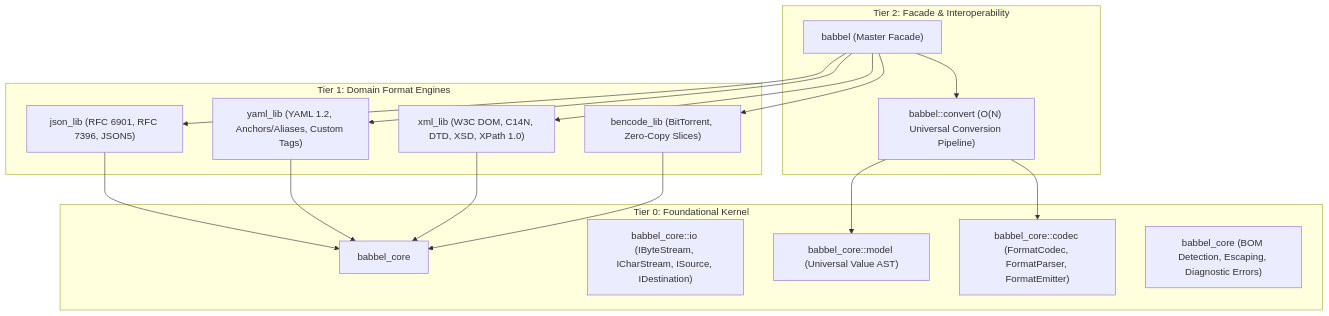
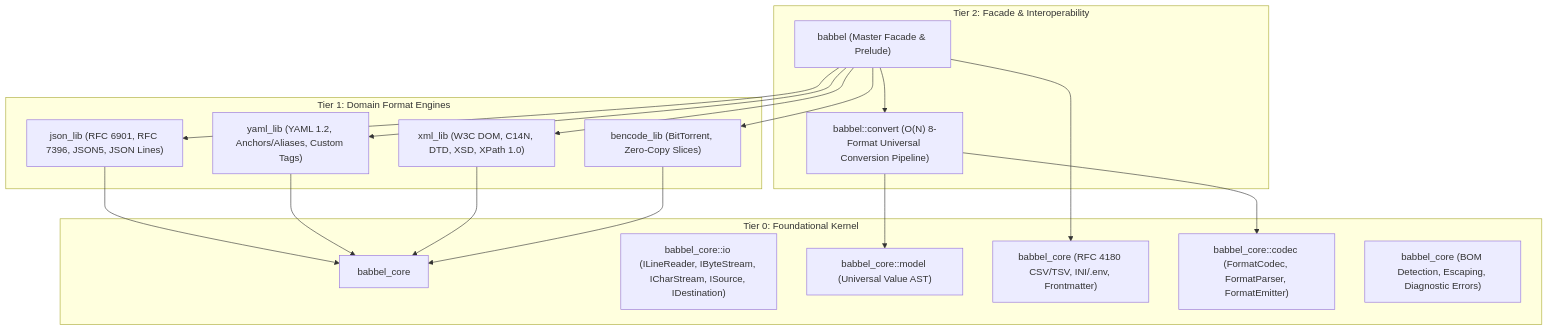
Before and after one commit to clockworkengineer/babbel: the diagram in docs/ARCHITECTURE.md, drawn with Mermaid. The commit also changed other lines of this file and 11 other files, not shown here.

````diff
--- a/docs/ARCHITECTURE.md
+++ b/docs/ARCHITECTURE.md
@@ -11,35 +11,37 @@
 ```mermaid
 graph TD
     subgraph "Tier 2: Facade & Interoperability"
-        Babbel["babbel (Master Facade)"]
-        Convert["babbel::convert (O(N) Universal Conversion Pipeline)"]
+        Babbel["babbel (Master Facade & Prelude)"]
+        Convert["babbel::convert (O(N) 8-Format Universal Conversion Pipeline)"]
     end
 
     subgraph "Tier 1: Domain Format Engines"
-        JSON["json_lib (RFC 6901, RFC 7396, JSON5)"]
+        JSON["json_lib (RFC 6901, RFC 7396, JSON5, JSON Lines)"]
         YAML["yaml_lib (YAML 1.2, Anchors/Aliases, Custom Tags)"]
         XML["xml_lib (W3C DOM, C14N, DTD, XSD, XPath 1.0)"]
         Bencode["bencode_lib (BitTorrent, Zero-Copy Slices)"]
     end
 
     subgraph "Tier 0: Foundational Kernel"
         Core["babbel_core"]
-        CoreIO["babbel_core::io (IByteStream, ICharStream, ISource, IDestination)"]
+        CoreIO["babbel_core::io (ILineReader, IByteStream, ICharStream, ISource, IDestination)"]
         CoreAST["babbel_core::model (Universal Value AST)"]
+        CoreText["babbel_core (RFC 4180 CSV/TSV, INI/.env, Frontmatter)"]
         CoreCodec["babbel_core::codec (FormatCodec, FormatParser, FormatEmitter)"]
         CoreUtils["babbel_core (BOM Detection, Escaping, Diagnostic Errors)"]
     end
 
     Babbel --> Convert
     Convert --> CoreAST
     Convert --> CoreCodec
     Babbel --> JSON
     Babbel --> YAML
     Babbel --> XML
     Babbel --> Bencode
+    Babbel --> CoreText
 
     JSON --> Core
     YAML --> Core
     XML --> Core
     Bencode --> Core
 ```
````
